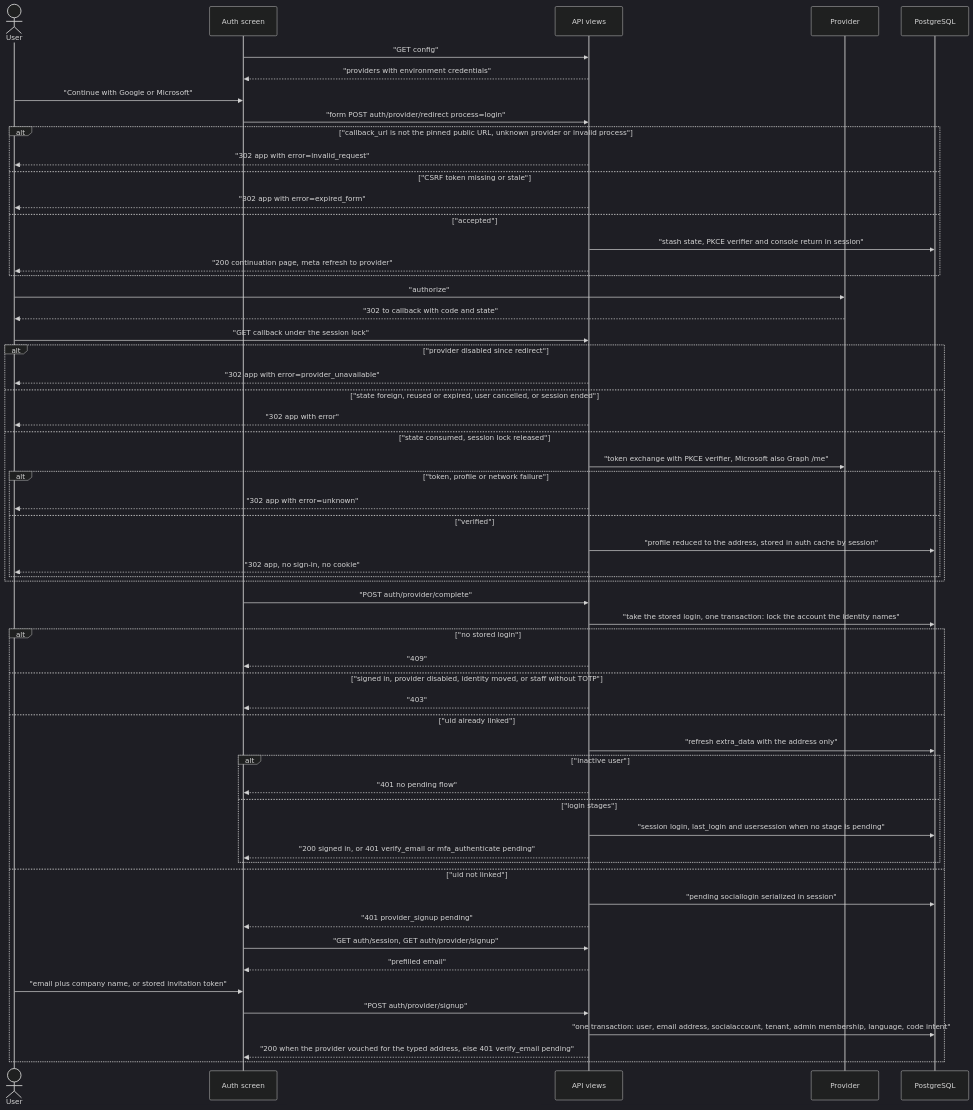
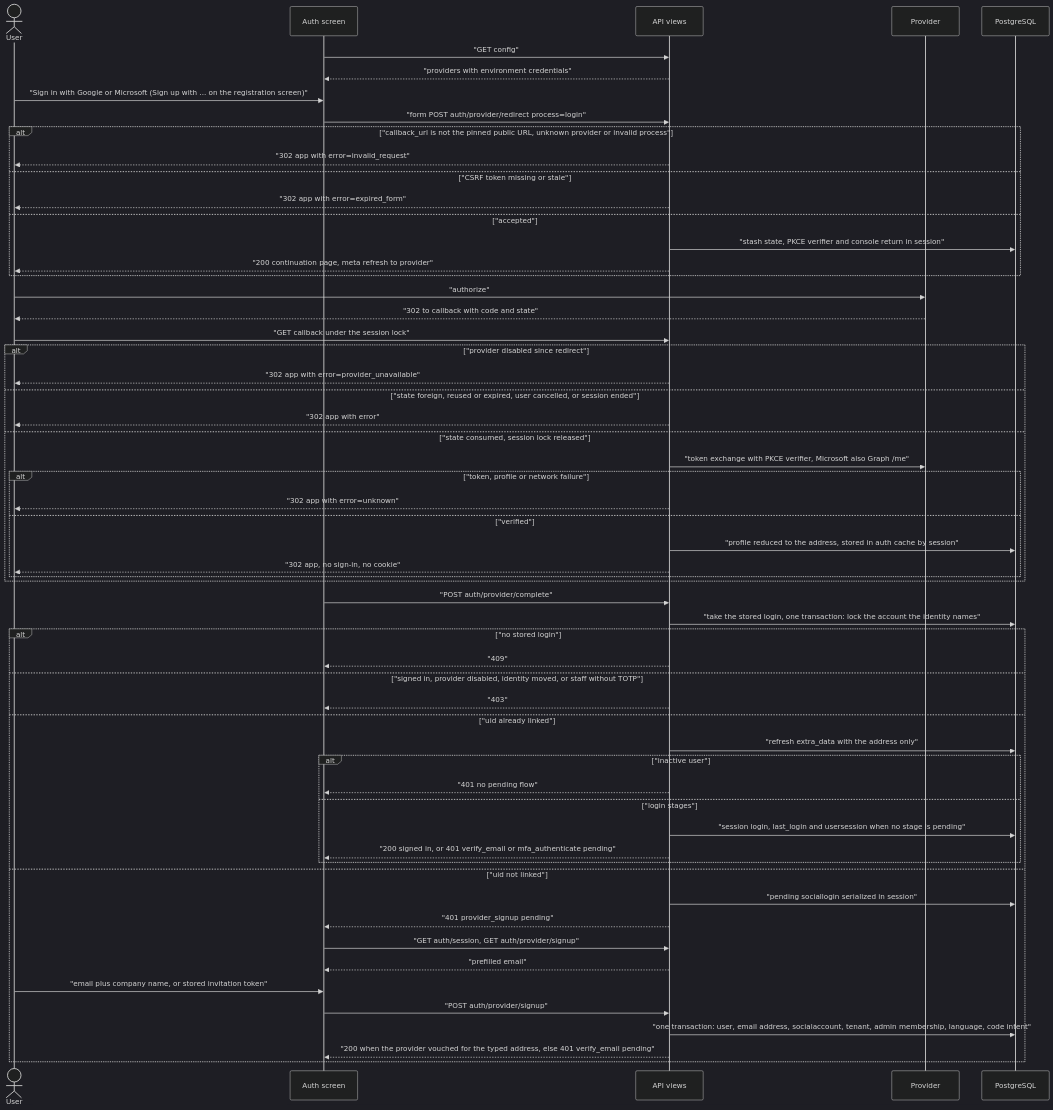
One commit to erkurtharun/pyracast changed the diagram in docs/flows/social-sign-in.md. Above: the diagram before and after it, drawn with Mermaid (dark theme). The commit also changed other lines of this file and 52 other files, not shown here.

First line of the commit message:
Bring the flow pages up to date with the session, forecast and mail changes (#200)

````diff
--- a/docs/flows/social-sign-in.md
+++ b/docs/flows/social-sign-in.md
@@ -18,60 +18,60 @@
 ```mermaid
 sequenceDiagram
     actor U as User
     participant W as Auth screen
     participant V as API views
     participant P as Provider
     participant D as PostgreSQL
     W->>V: "GET config"
     V-->>W: "providers with environment credentials"
-    U->>W: "Continue with Google or Microsoft"
+    U->>W: "Sign in with Google or Microsoft (Sign up with ... on the registration screen)"
     W->>V: "form POST auth/provider/redirect process=login"
     alt "callback_url is not the pinned public URL, unknown provider or invalid process"
         V-->>U: "302 app with error=invalid_request"
     else "CSRF token missing or stale"
         V-->>U: "302 app with error=expired_form"
     else "accepted"
         V->>D: "stash state, PKCE verifier and console return in session"
         V-->>U: "200 continuation page, meta refresh to provider"
     end
     U->>P: "authorize"
     P-->>U: "302 to callback with code and state"
     U->>V: "GET callback under the session lock"
     alt "provider disabled since redirect"
         V-->>U: "302 app with error=provider_unavailable"
     else "state foreign, reused or expired, user cancelled, or session ended"
         V-->>U: "302 app with error"
     else "state consumed, session lock released"
         V->>P: "token exchange with PKCE verifier, Microsoft also Graph /me"
         alt "token, profile or network failure"
             V-->>U: "302 app with error=unknown"
         else "verified"
             V->>D: "profile reduced to the address, stored in auth cache by session"
             V-->>U: "302 app, no sign-in, no cookie"
         end
     end
     W->>V: "POST auth/provider/complete"
     V->>D: "take the stored login, one transaction: lock the account the identity names"
     alt "no stored login"
         V-->>W: "409"
     else "signed in, provider disabled, identity moved, or staff without TOTP"
         V-->>W: "403"
     else "uid already linked"
         V->>D: "refresh extra_data with the address only"
         alt "inactive user"
             V-->>W: "401 no pending flow"
         else "login stages"
             V->>D: "session login, last_login and usersession when no stage is pending"
             V-->>W: "200 signed in, or 401 verify_email or mfa_authenticate pending"
         end
     else "uid not linked"
         V->>D: "pending sociallogin serialized in session"
         V-->>W: "401 provider_signup pending"
         W->>V: "GET auth/session, GET auth/provider/signup"
         V-->>W: "prefilled email"
         U->>W: "email plus company name, or stored invitation token"
         W->>V: "POST auth/provider/signup"
         V->>D: "one transaction: user, email address, socialaccount, tenant, admin membership, language, code intent"
         V-->>W: "200 when the provider vouched for the typed address, else 401 verify_email pending"
     end
 ```
````
